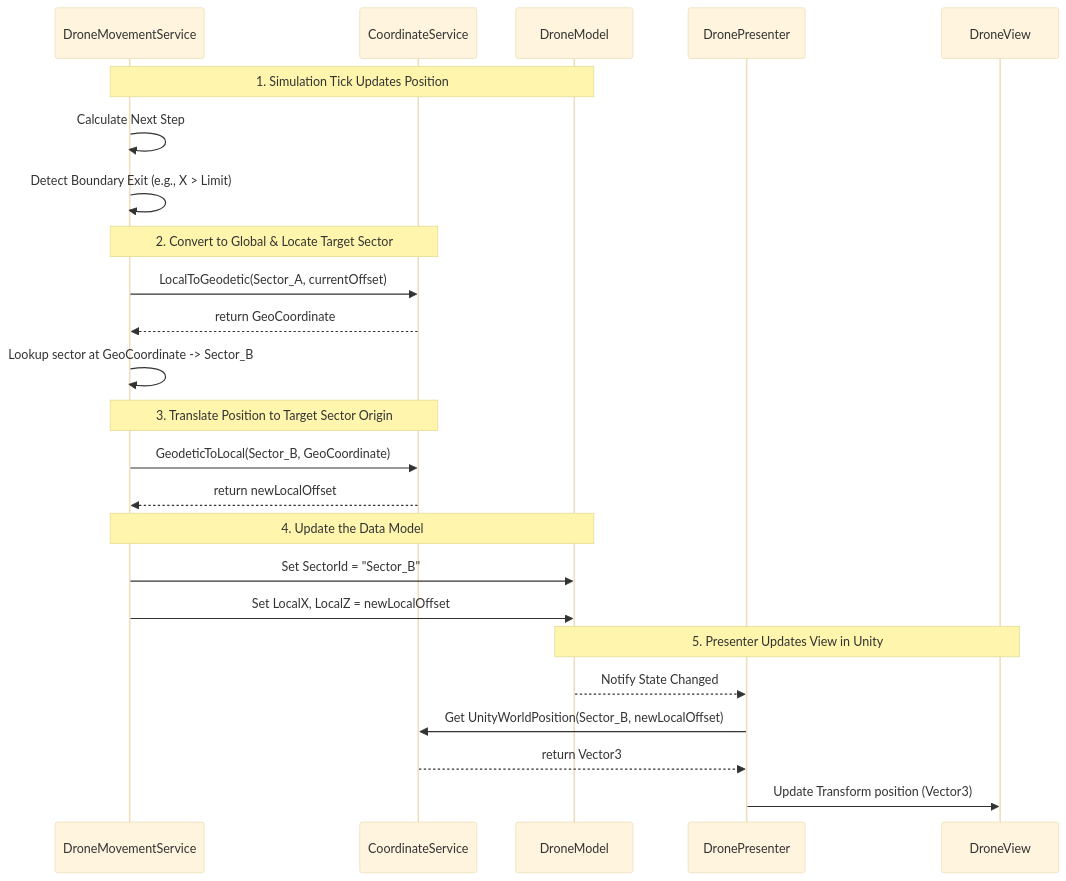
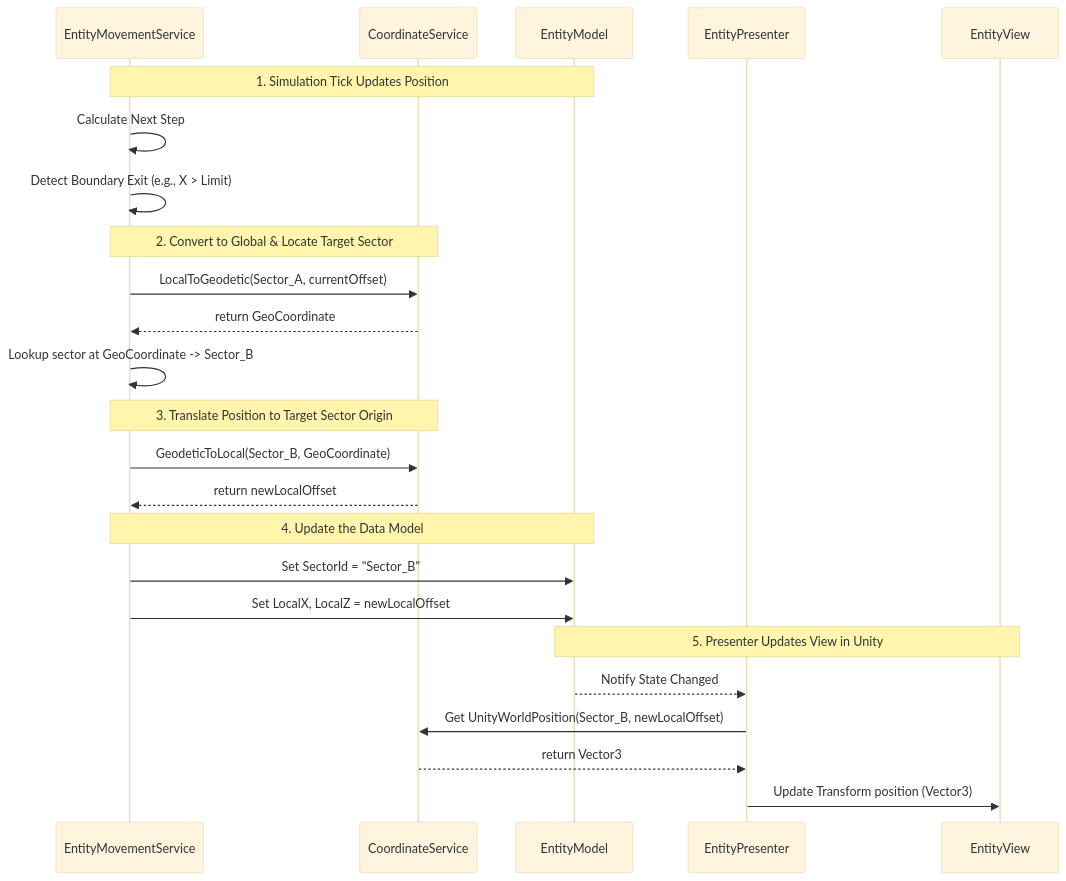
One commit to mnaatjes/moonfall changed the diagram in docs/reference/lunar-surface.md. Above: the diagram before and after it, drawn with Mermaid (base theme). The commit also changed other lines of this file, not shown here.

Commit message:
coordinate ref

````diff
--- a/docs/reference/lunar-surface.md
+++ b/docs/reference/lunar-surface.md
@@ -190,31 +190,31 @@
 ```mermaid
 sequenceDiagram
-    participant DMS as DroneMovementService
+    participant EMS as EntityMovementService
     participant CS as CoordinateService
-    participant DM as DroneModel
-    participant DP as DronePresenter
-    participant DV as DroneView
+    participant EM as EntityModel
+    participant EP as EntityPresenter
+    participant EV as EntityView
 
-    Note over DMS, DM: 1. Simulation Tick Updates Position
-    DMS->>DMS: Calculate Next Step
-    DMS->>DMS: Detect Boundary Exit (e.g., X > Limit)
+    Note over EMS, EM: 1. Simulation Tick Updates Position
+    EMS->>EMS: Calculate Next Step
+    EMS->>EMS: Detect Boundary Exit (e.g., X > Limit)
 
-    Note over DMS, CS: 2. Convert to Global & Locate Target Sector
-    DMS->>CS: LocalToGeodetic(Sector_A, currentOffset)
-    CS-->>DMS: return GeoCoordinate
-    DMS->>DMS: Lookup sector at GeoCoordinate -> Sector_B
+    Note over EMS, CS: 2. Convert to Global & Locate Target Sector
+    EMS->>CS: LocalToGeodetic(Sector_A, currentOffset)
+    CS-->>EMS: return GeoCoordinate
+    EMS->>EMS: Lookup sector at GeoCoordinate -> Sector_B
 
-    Note over DMS, CS: 3. Translate Position to Target Sector Origin
-    DMS->>CS: GeodeticToLocal(Sector_B, GeoCoordinate)
-    CS-->>DMS: return newLocalOffset
+    Note over EMS, CS: 3. Translate Position to Target Sector Origin
+    EMS->>CS: GeodeticToLocal(Sector_B, GeoCoordinate)
+    CS-->>EMS: return newLocalOffset
 
-    Note over DMS, DM: 4. Update the Data Model
-    DMS->>DM: Set SectorId = "Sector_B"
-    DMS->>DM: Set LocalX, LocalZ = newLocalOffset
+    Note over EMS, EM: 4. Update the Data Model
+    EMS->>EM: Set SectorId = "Sector_B"
+    EMS->>EM: Set LocalX, LocalZ = newLocalOffset
 
-    Note over DM, DV: 5. Presenter Updates View in Unity
-    DM-->>DP: Notify State Changed
-    DP->>CS: Get UnityWorldPosition(Sector_B, newLocalOffset)
-    CS-->>DP: return Vector3
-    DP->>DV: Update Transform position (Vector3)
+    Note over EM, EV: 5. Presenter Updates View in Unity
+    EM-->>EP: Notify State Changed
+    EP->>CS: Get UnityWorldPosition(Sector_B, newLocalOffset)
+    CS-->>EP: return Vector3
+    EP->>EV: Update Transform position (Vector3)
 ```
````
